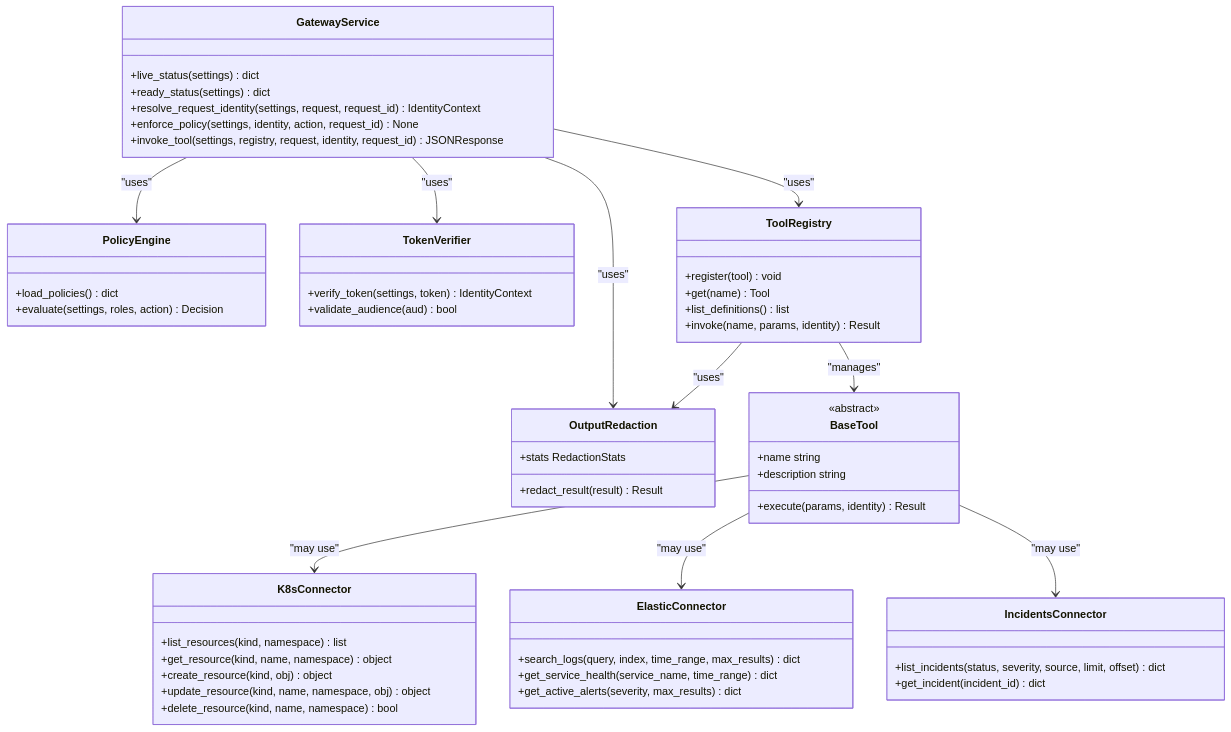
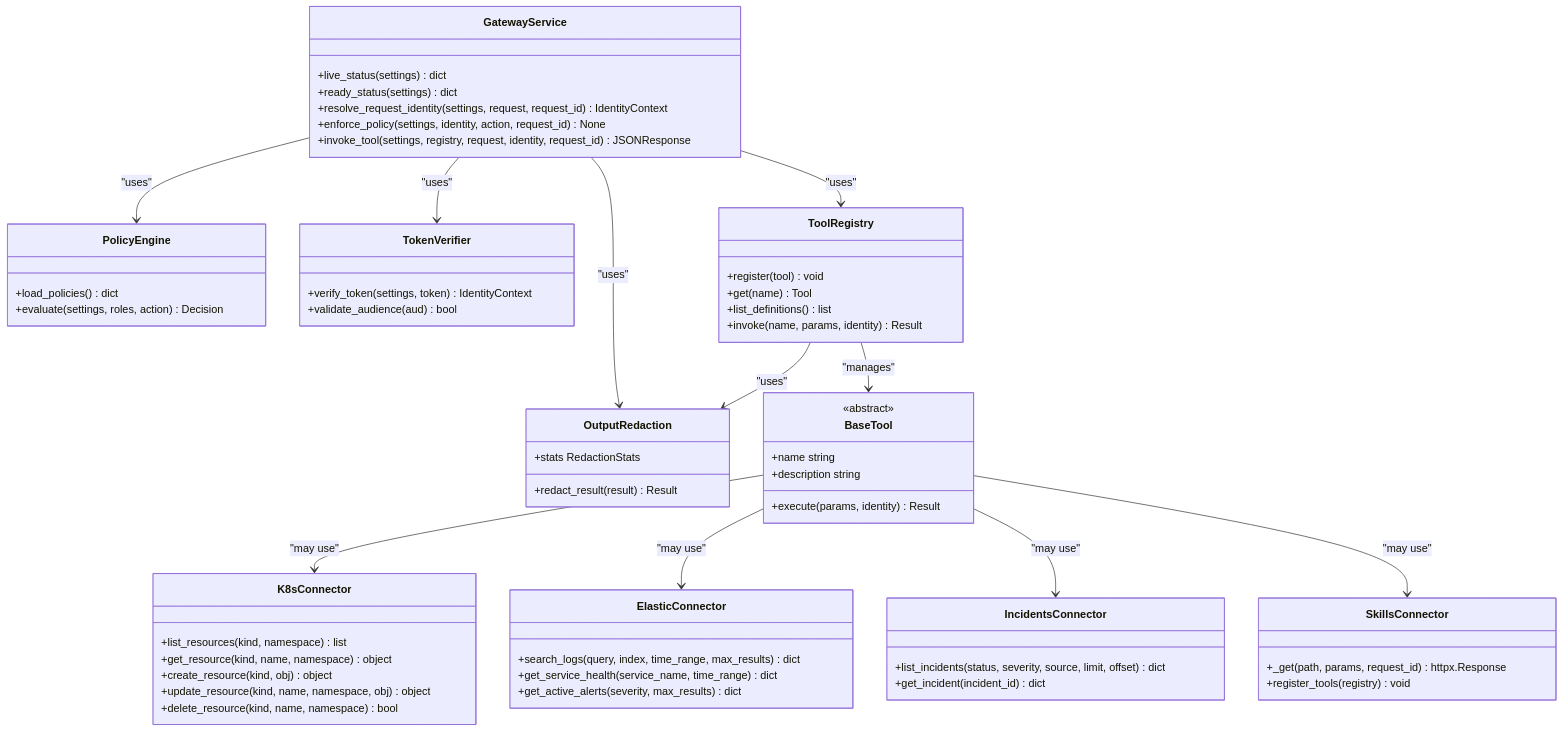
The fourth of 13 diagrams in .qoder/repowiki/en/content/Tool Gateway Service/Tool Gateway Service.md (metasync/luban-aiops), drawn with Mermaid before and after one commit. The commit also changed other lines of this file and 8 other files, not shown here.

````diff
--- a/.qoder/repowiki/en/content/Tool Gateway Service/Tool Gateway Service.md
+++ b/.qoder/repowiki/en/content/Tool Gateway Service/Tool Gateway Service.md
@@ -300,59 +319,64 @@
 ```mermaid
 classDiagram
 class GatewayService {
 +live_status(settings) dict
 +ready_status(settings) dict
 +resolve_request_identity(settings, request, request_id) IdentityContext
 +enforce_policy(settings, identity, action, request_id) None
 +invoke_tool(settings, registry, request, identity, request_id) JSONResponse
 }
 class PolicyEngine {
 +load_policies() dict
 +evaluate(settings, roles, action) Decision
 }
 class TokenVerifier {
 +verify_token(settings, token) IdentityContext
 +validate_audience(aud) bool
 }
 class ToolRegistry {
 +register(tool) void
 +get(name) Tool
 +list_definitions() list
 +invoke(name, params, identity) Result
 }
 class OutputRedaction {
 +redact_result(result) Result
 +stats RedactionStats
 }
 class BaseTool {
 <<abstract>>
 +name string
 +description string
 +execute(params, identity) Result
 }
 class K8sConnector {
 +list_resources(kind, namespace) list
 +get_resource(kind, name, namespace) object
 +create_resource(kind, obj) object
 +update_resource(kind, name, namespace, obj) object
 +delete_resource(kind, name, namespace) bool
 }
 class ElasticConnector {
 +search_logs(query, index, time_range, max_results) dict
 +get_service_health(service_name, time_range) dict
 +get_active_alerts(severity, max_results) dict
 }
 class IncidentsConnector {
 +list_incidents(status, severity, source, limit, offset) dict
 +get_incident(incident_id) dict
 }
+class SkillsConnector {
++_get(path, params, request_id) httpx.Response
++register_tools(registry) void
+}
 GatewayService --> PolicyEngine : "uses"
 GatewayService --> TokenVerifier : "uses"
 GatewayService --> ToolRegistry : "uses"
 GatewayService --> OutputRedaction : "uses"
 ToolRegistry --> BaseTool : "manages"
 ToolRegistry --> OutputRedaction : "uses"
 BaseTool --> K8sConnector : "may use"
 BaseTool --> ElasticConnector : "may use"
 BaseTool --> IncidentsConnector : "may use"
+BaseTool --> SkillsConnector : "may use"
 ```
````
